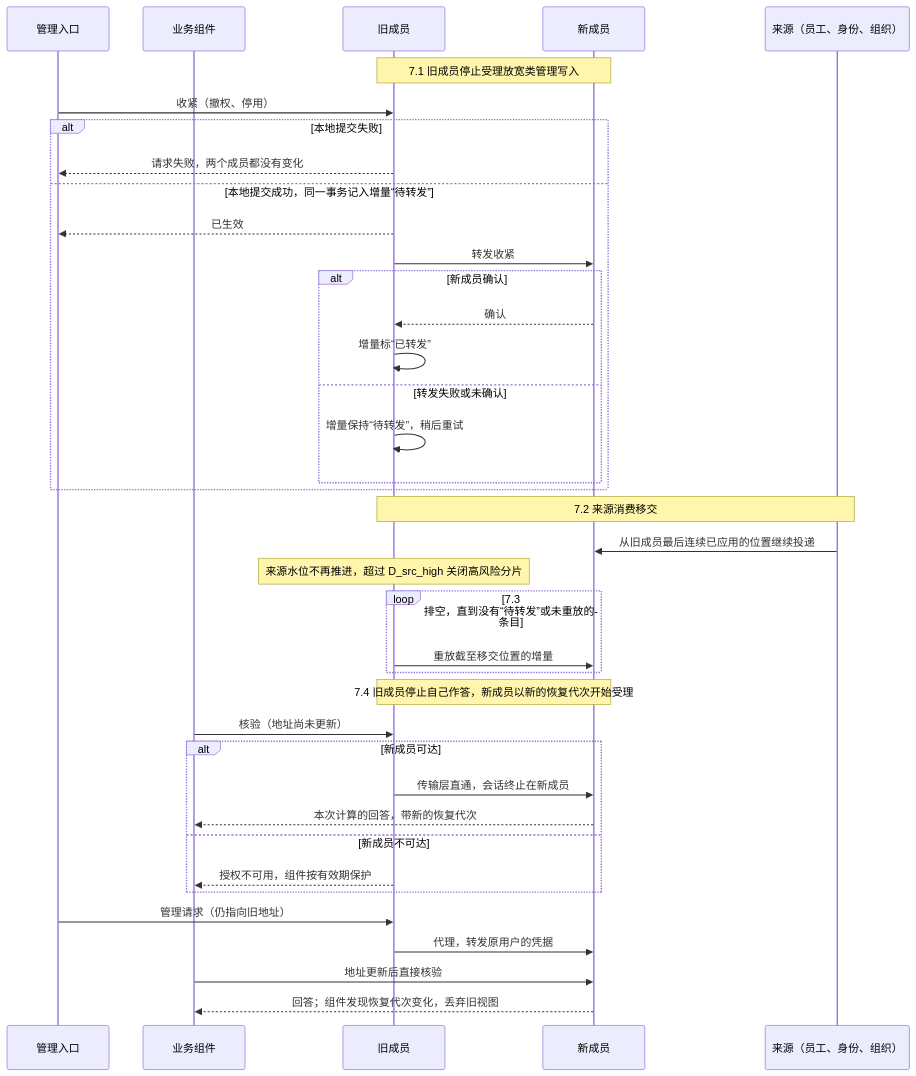
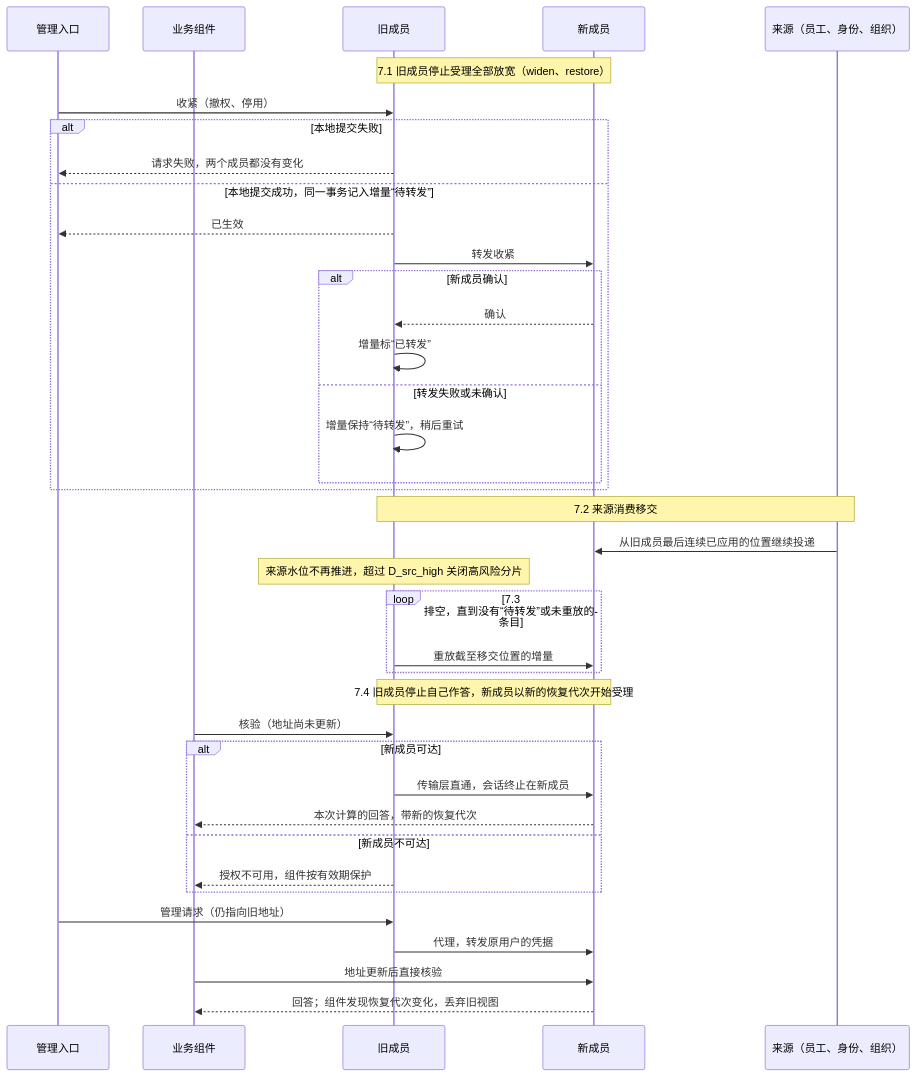
One commit to brickKit/be-assembly-standard changed the diagram in tempDocs/final/06-protocols/security/10-providers-and-member-switching.md. Above: the diagram before and after it, drawn with Mermaid. The commit also changed other lines of this file and 13 other files, not shown here.

````diff
--- a/tempDocs/final/06-protocols/security/10-providers-and-member-switching.md
+++ b/tempDocs/final/06-protocols/security/10-providers-and-member-switching.md
@@ -153,40 +153,40 @@
 ```mermaid
 sequenceDiagram
     participant Admin as 管理入口
     participant Comp as 业务组件
     participant Old as 旧成员
     participant New as 新成员
     participant Src as 来源（员工、身份、组织）
-    Note over Old,New: 7.1 旧成员停止受理放宽类管理写入
+    Note over Old,New: 7.1 旧成员停止受理全部放宽（widen、restore）
     Admin->>Old: 收紧（撤权、停用）
     alt 本地提交失败
         Old-->>Admin: 请求失败，两个成员都没有变化
     else 本地提交成功，同一事务记入增量“待转发”
         Old-->>Admin: 已生效
         Old->>New: 转发收紧
         alt 新成员确认
             New-->>Old: 确认
             Old->>Old: 增量标“已转发”
         else 转发失败或未确认
             Old->>Old: 增量保持“待转发”，稍后重试
         end
     end
     Note over Old,Src: 7.2 来源消费移交
     Src->>New: 从旧成员最后连续已应用的位置继续投递
     Note over Old: 来源水位不再推进，超过 D_src_high 关闭高风险分片
     loop 7.3 排空，直到没有“待转发”或未重放的条目
         Old->>New: 重放截至移交位置的增量
     end
     Note over Old,New: 7.4 旧成员停止自己作答，新成员以新的恢复代次开始受理
     Comp->>Old: 核验（地址尚未更新）
     alt 新成员可达
         Old->>New: 传输层直通，会话终止在新成员
         New-->>Comp: 本次计算的回答，带新的恢复代次
     else 新成员不可达
         Old-->>Comp: 授权不可用，组件按有效期保护
     end
     Admin->>Old: 管理请求（仍指向旧地址）
     Old->>New: 代理，转发原用户的凭据
     Comp->>New: 地址更新后直接核验
     New-->>Comp: 回答；组件发现恢复代次变化，丢弃旧视图
 ```
````
